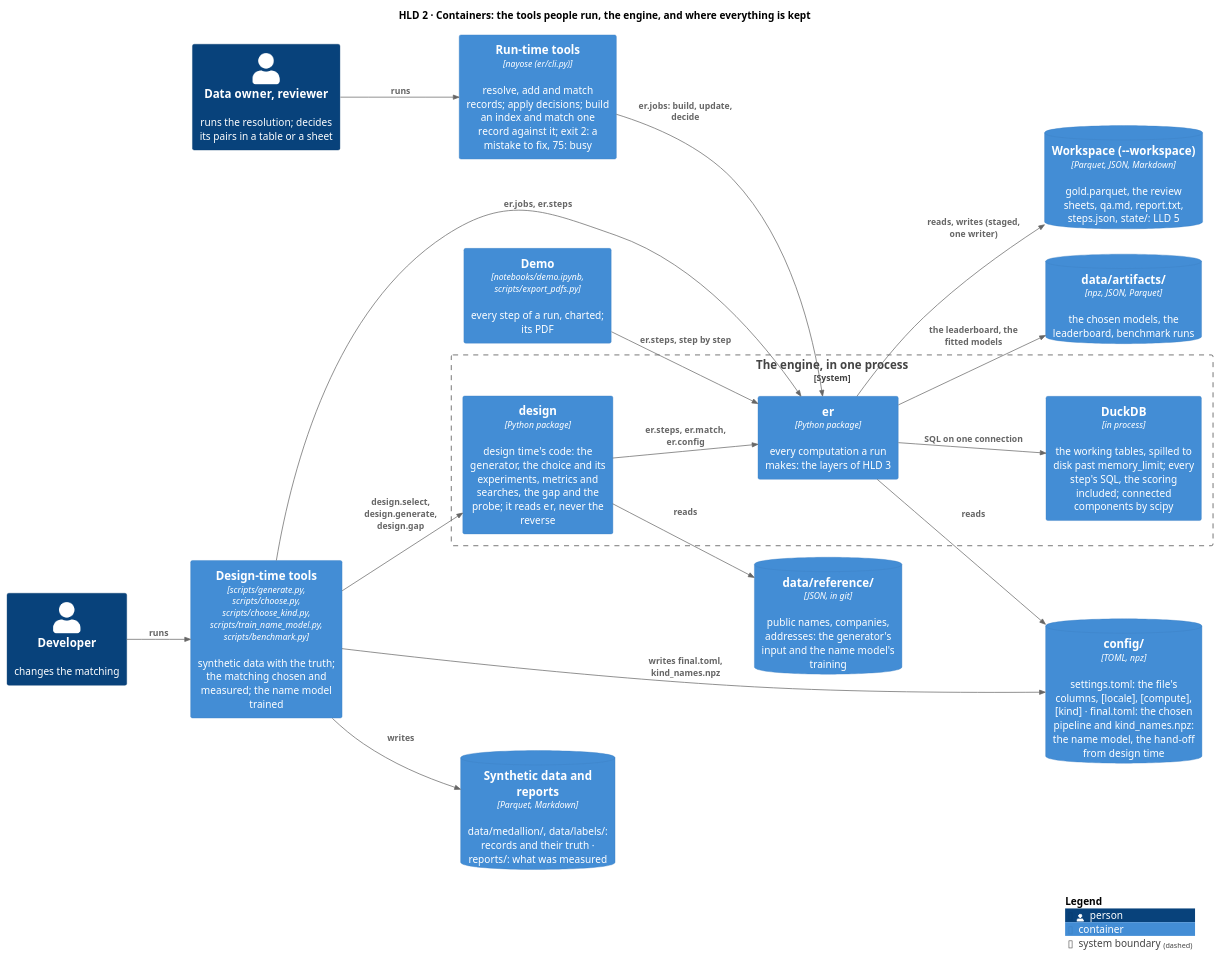
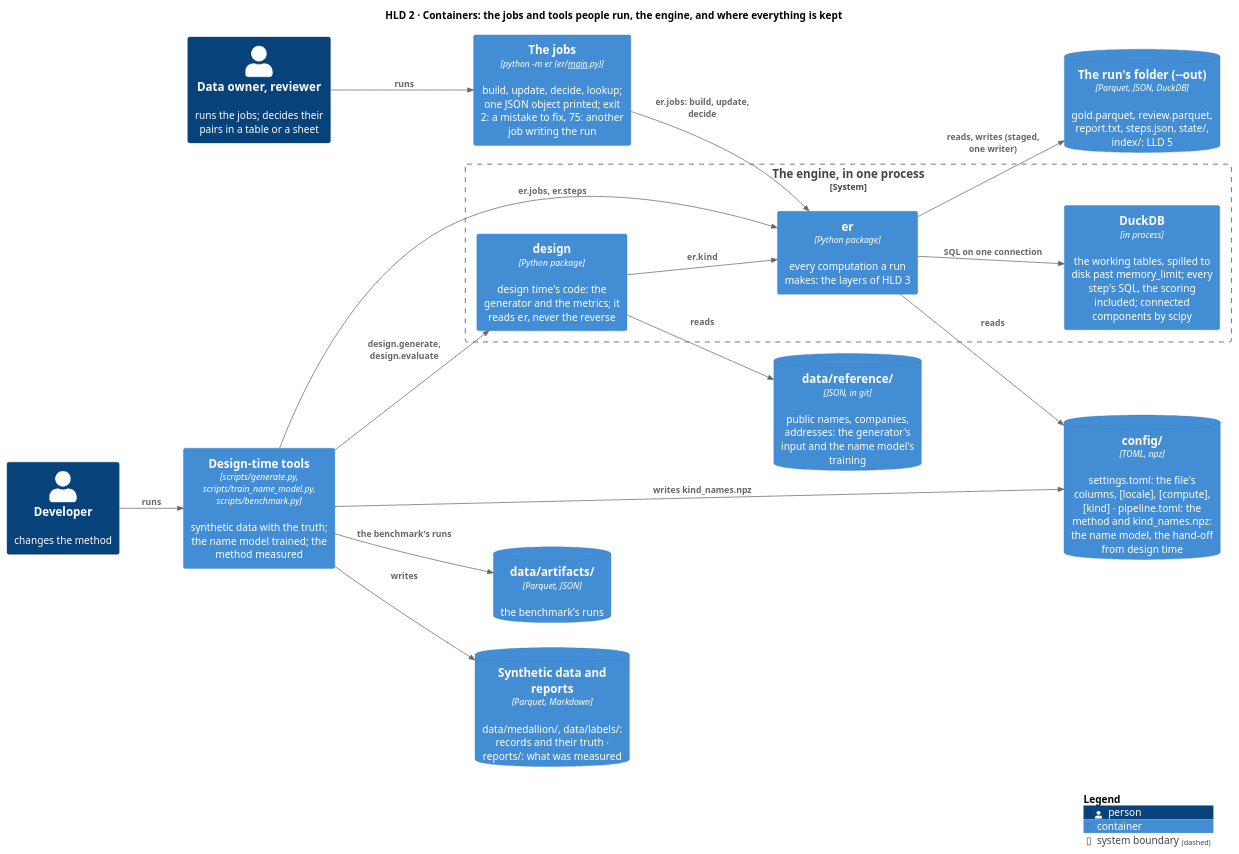
One commit to mvsbm/entity_matching changed the diagram in docs/diagrams/containers.puml. Above: the diagram before and after it, drawn with PlantUML. The commit also changed 122 other files, not shown here.

```diff
--- a/docs/diagrams/containers.puml
+++ b/docs/diagrams/containers.puml
@@ -1,42 +1,40 @@
 @startuml containers
 !include <C4/C4_Container>
 LAYOUT_LEFT_RIGHT()
 HIDE_STEREOTYPE()
-title HLD 2 · Containers: the tools people run, the engine, and where everything is kept
+title HLD 2 · Containers: the jobs and tools people run, the engine, and where everything is kept
 
-Person(owner, "Data owner, reviewer", "runs the resolution; decides its pairs in a table or a sheet")
-Person(developer, "Developer", "changes the matching")
+Person(owner, "Data owner, reviewer", "runs the jobs; decides their pairs in a table or a sheet")
+Person(developer, "Developer", "changes the method")
 
-Container(runtime, "Run-time tools", "nayose (er/cli.py)", "resolve, add and match records; apply decisions; build an index and match one record against it; exit 2: a mistake to fix, 75: busy")
-Container(designtime, "Design-time tools", "scripts/generate.py, scripts/choose.py, scripts/choose_kind.py, scripts/train_name_model.py, scripts/benchmark.py", "synthetic data with the truth; the matching chosen and measured; the name model trained")
-Container(demo, "Demo", "notebooks/demo.ipynb, scripts/export_pdfs.py", "every step of a run, charted; its PDF")
+Container(runtime, "The jobs", "python -m er (er/__main__.py)", "build, update, decide, lookup; one JSON object printed; exit 2: a mistake to fix, 75: another job writing the run")
+Container(designtime, "Design-time tools", "scripts/generate.py, scripts/train_name_model.py, scripts/benchmark.py", "synthetic data with the truth; the name model trained; the method measured")
 
 System_Boundary(engine, "The engine, in one process") {
   Container(er, "er", "Python package", "every computation a run makes: the layers of HLD 3")
-  Container(designpkg, "design", "Python package", "design time's code: the generator, the choice and its experiments, metrics and searches, the gap and the probe; it reads er, never the reverse")
+  Container(designpkg, "design", "Python package", "design time's code: the generator and the metrics; it reads er, never the reverse")
   Container(duckdb, "DuckDB", "in process", "the working tables, spilled to disk past memory_limit; every step's SQL, the scoring included; connected components by scipy")
 }
 
-ContainerDb(config, "config/", "TOML, npz", "settings.toml: the file's columns, [locale], [compute], [kind] · final.toml: the chosen pipeline and kind_names.npz: the name model, the hand-off from design time")
+ContainerDb(config, "config/", "TOML, npz", "settings.toml: the file's columns, [locale], [compute], [kind] · pipeline.toml: the method and kind_names.npz: the name model, the hand-off from design time")
 ContainerDb(reference, "data/reference/", "JSON, in git", "public names, companies, addresses: the generator's input and the name model's training")
-ContainerDb(runfolder, "Workspace (~--workspace)", "Parquet, JSON, Markdown", "gold.parquet, the review sheets, qa.md, report.txt, steps.json, state/: LLD 5")
-ContainerDb(artifacts, "data/artifacts/", "npz, JSON, Parquet", "the chosen models, the leaderboard, benchmark runs")
+ContainerDb(runfolder, "The run's folder (~--out)", "Parquet, JSON, DuckDB", "gold.parquet, review.parquet, report.txt, steps.json, state/, index/: LLD 5")
+ContainerDb(artifacts, "data/artifacts/", "Parquet, JSON", "the benchmark's runs")
 ContainerDb(synthetic, "Synthetic data and reports", "Parquet, Markdown", "data/medallion/, data/labels/: records and their truth · reports/: what was measured")
 
 Rel(owner, runtime, "runs")
 Rel(developer, designtime, "runs")
 Rel(runtime, er, "er.jobs: build, update, decide")
-Rel(designtime, designpkg, "design.select, design.generate, design.gap")
+Rel(designtime, designpkg, "design.generate, design.evaluate")
 Rel(designtime, er, "er.jobs, er.steps")
-Rel(designpkg, er, "er.steps, er.match, er.config")
-Rel(demo, er, "er.steps, step by step")
+Rel(designpkg, er, "er.kind")
 Rel(er, duckdb, "SQL on one connection")
 Rel(er, config, "reads")
 Rel(designpkg, reference, "reads")
 Rel(er, runfolder, "reads, writes (staged, one writer)")
-Rel(er, artifacts, "the leaderboard, the fitted models")
+Rel(designtime, artifacts, "the benchmark's runs")
 Rel(designtime, synthetic, "writes")
-Rel(designtime, config, "writes final.toml, kind_names.npz")
+Rel(designtime, config, "writes kind_names.npz")
 
 SHOW_LEGEND()
 @enduml
```
